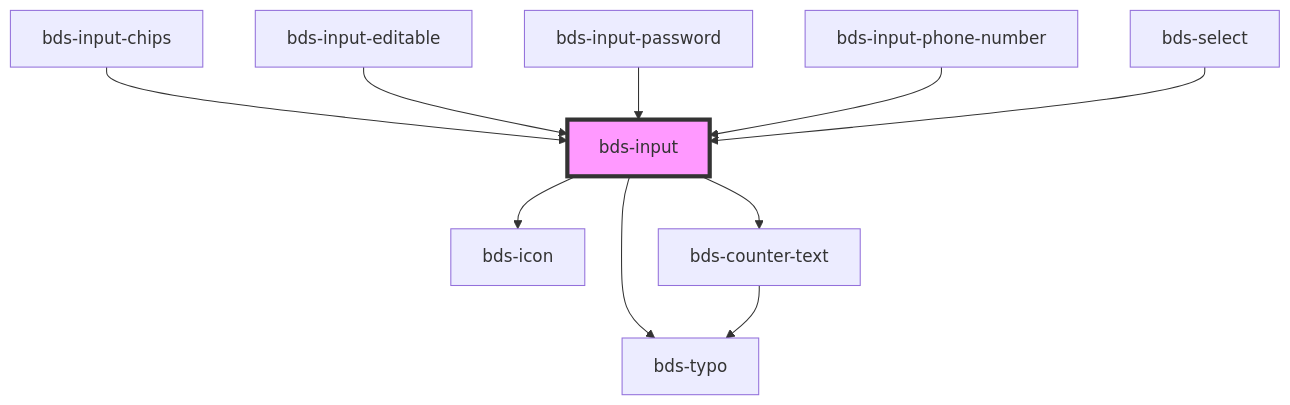
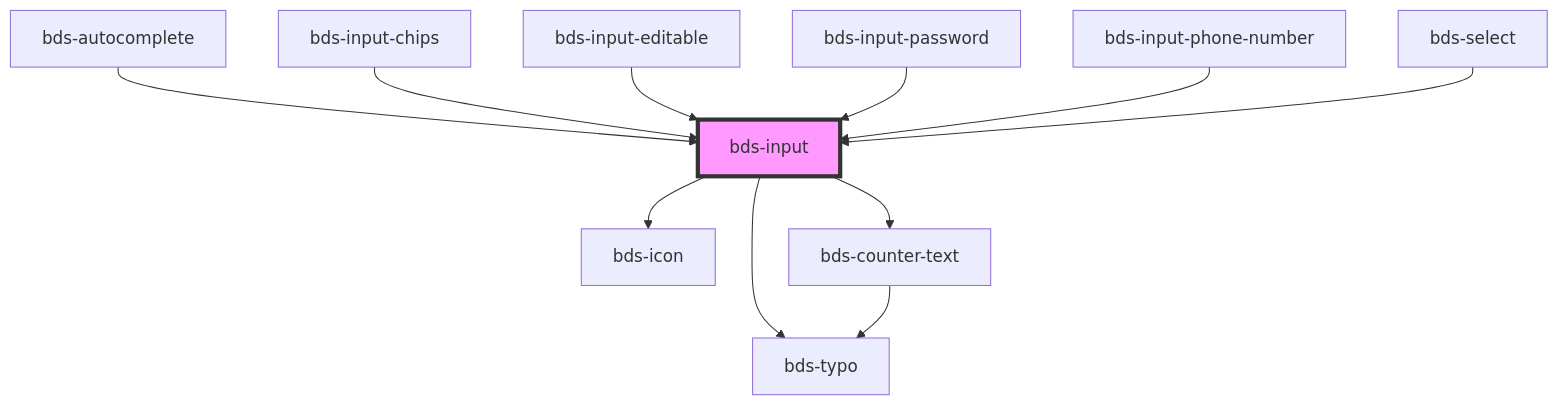
One commit to takenet/blip-ds changed the diagram in src/components/input/readme.md. Above: the diagram before and after it, drawn with Mermaid. The commit also changed other lines of this file and 10 other files, not shown here.

````diff
--- a/src/components/input/readme.md
+++ b/src/components/input/readme.md
@@ -136,13 +137,14 @@
 ```mermaid
 graph TD;
   bds-input --> bds-icon
   bds-input --> bds-typo
   bds-input --> bds-counter-text
   bds-counter-text --> bds-typo
+  bds-autocomplete --> bds-input
   bds-input-chips --> bds-input
   bds-input-editable --> bds-input
   bds-input-password --> bds-input
   bds-input-phone-number --> bds-input
   bds-select --> bds-input
   style bds-input fill:#f9f,stroke:#333,stroke-width:4px
 ```
````
